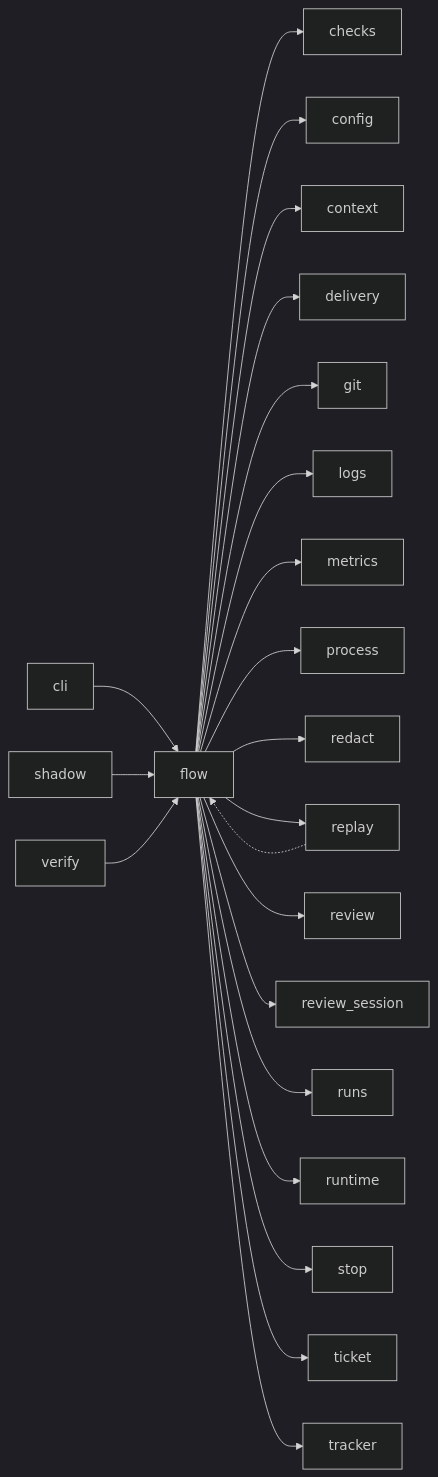
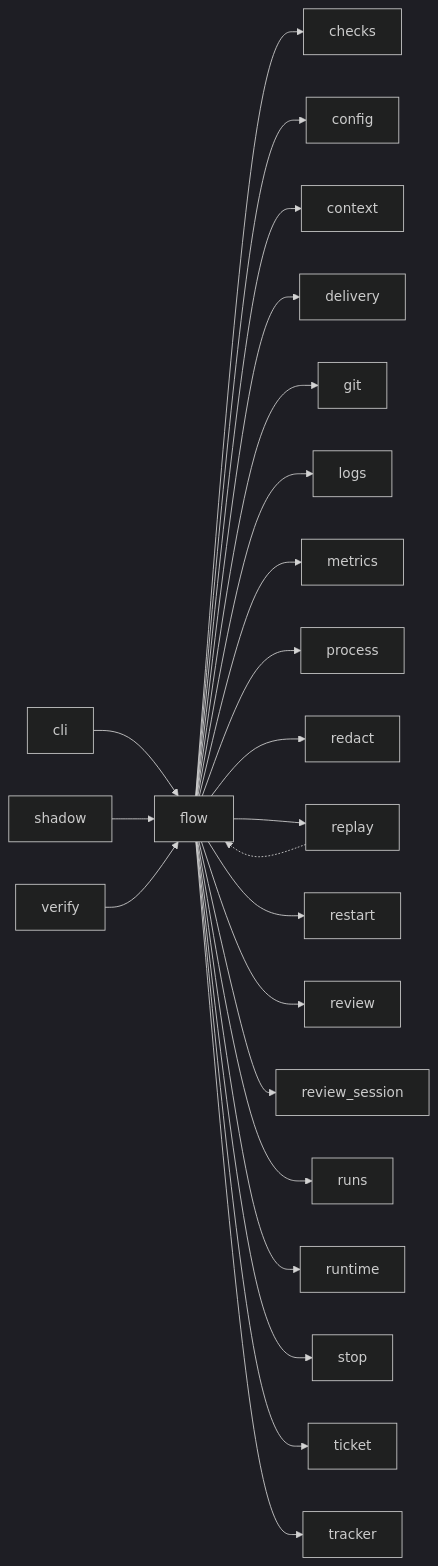
Before and after one commit to plaplanche/ariane: the third of 3 diagrams in docs/architecture/modules/flow.md, drawn with Mermaid (dark theme). The commit also changed other lines of this file and 27 other files, not shown here.

````diff
--- a/docs/architecture/modules/flow.md
+++ b/docs/architecture/modules/flow.md
@@ -110,24 +114,25 @@
 ```mermaid
 flowchart LR
   cli --> flow
   flow --> checks
   flow --> config
   flow --> context
   flow --> delivery
   flow --> git
   flow --> logs
   flow --> metrics
   flow --> process
   flow --> redact
   flow --> replay
+  flow --> restart
   flow --> review
   flow --> review_session
   flow --> runs
   flow --> runtime
   flow --> stop
   flow --> ticket
   flow --> tracker
   replay -.-> flow
   shadow --> flow
   verify --> flow
 ```
````
